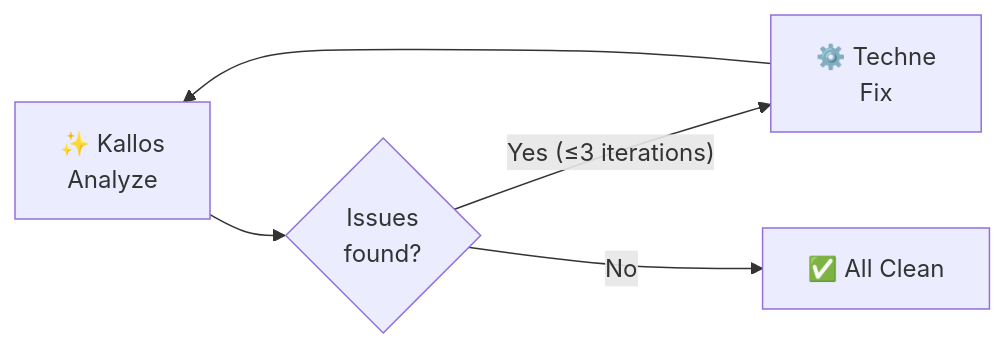
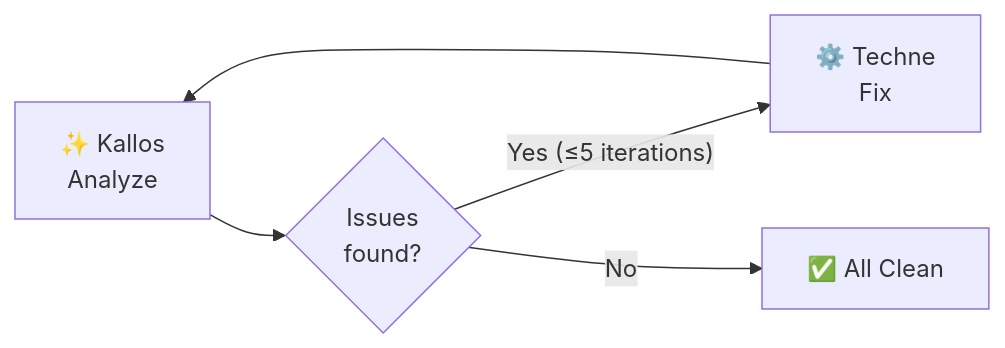
The diagram in docs/agents/specialists.md (ajbarea/kourai-khryseai), drawn with Mermaid before and after one commit. The commit also changed other lines of this file and 12 other files, not shown here.

````diff
--- a/docs/agents/specialists.md
+++ b/docs/agents/specialists.md
@@ -172,12 +174,12 @@
 ```mermaid
 flowchart LR
     KAL["✨ Kallos<br/>Analyze"]
     DEC{"Issues<br/>found?"}
     TEC["⚙️ Techne<br/>Fix"]
     DONE["✅ All Clean"]
 
     KAL --> DEC
-    DEC -->|"Yes (≤3 iterations)"| TEC
+    DEC -->|"Yes (≤5 iterations)"| TEC
     TEC --> KAL
     DEC -->|"No"| DONE
 ```
````
